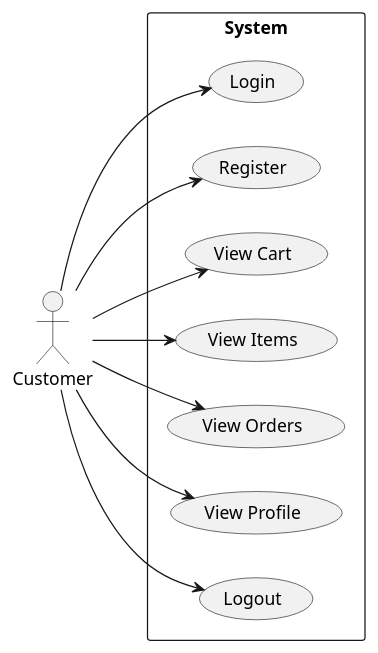
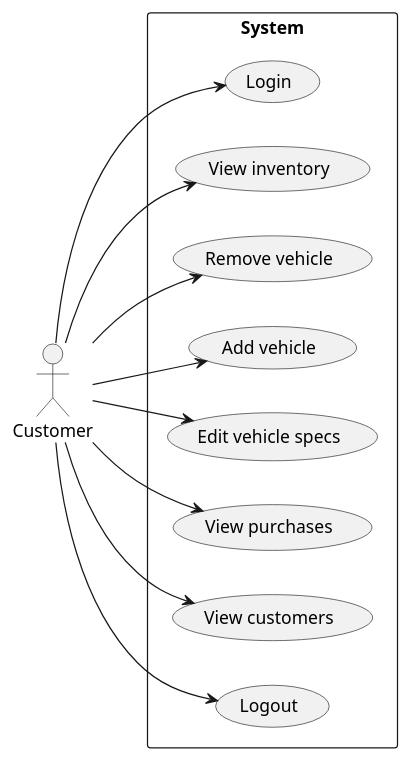
One commit to Clackroe/GroupProj-3135 changed the diagram in onlineStoreTemplate-main/Diagrams/Cases/admin.puml. Above: the diagram before and after it, drawn with PlantUML.

Commit message:
Updated admin use cases

```diff
--- a/onlineStoreTemplate-main/Diagrams/Cases/admin.puml
+++ b/onlineStoreTemplate-main/Diagrams/Cases/admin.puml
@@ -1,20 +1,22 @@
 @startuml customer
 left to right direction
 actor Customer
 rectangle "System" as system {
   (Login)
-  (Register)
-  (View Cart)
-  (View Items)
-  (View Orders)
-  (View Profile)
+  (View inventory)
+  (Remove vehicle)
+  (Add vehicle)
+  (Edit vehicle specs)
+  (View purchases)
+  (View customers)
   (Logout)
 }
 Customer --> (Login)
-Customer --> (Register)
-Customer --> (View Cart)
-Customer --> (View Items)
-Customer --> (View Orders)
-Customer --> (View Profile)
+Customer --> (View inventory)
+Customer --> (Remove vehicle)
+Customer --> (Add vehicle)
+Customer --> (Edit vehicle specs)
+Customer --> (View purchases)
+Customer --> (View customers)
 Customer --> (Logout)
 @enduml
```
